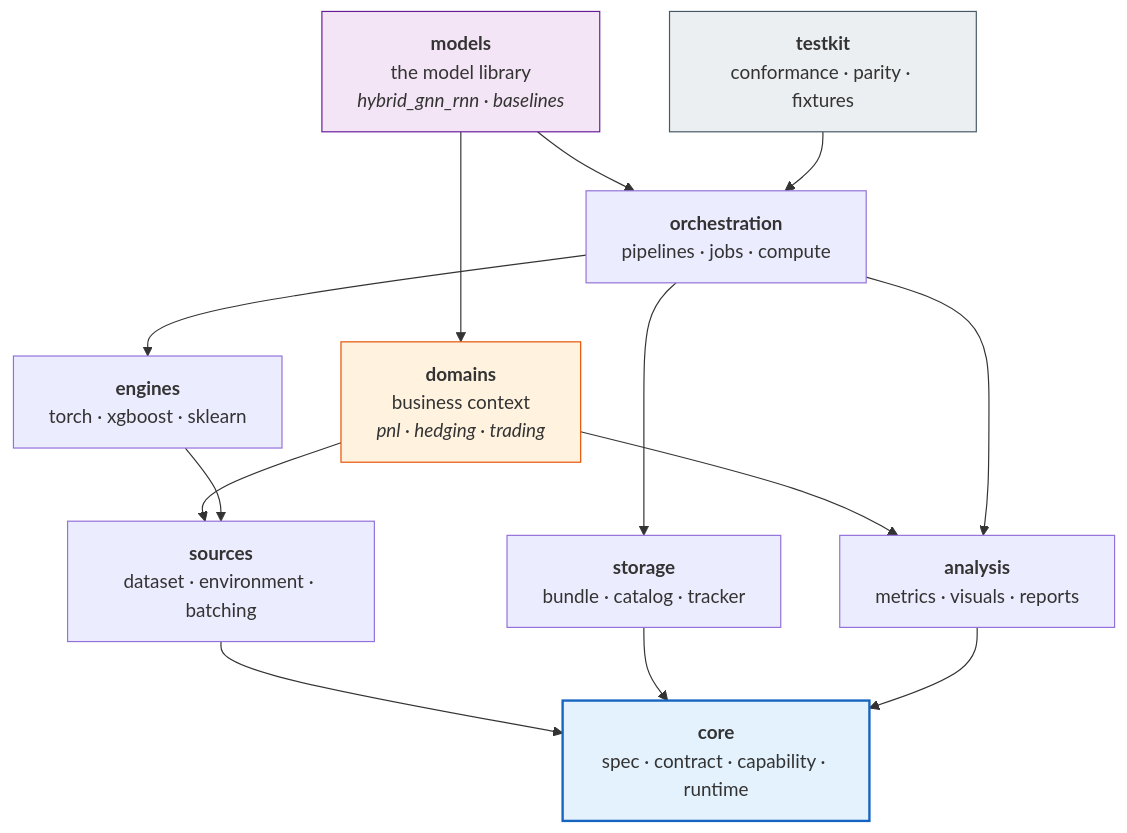
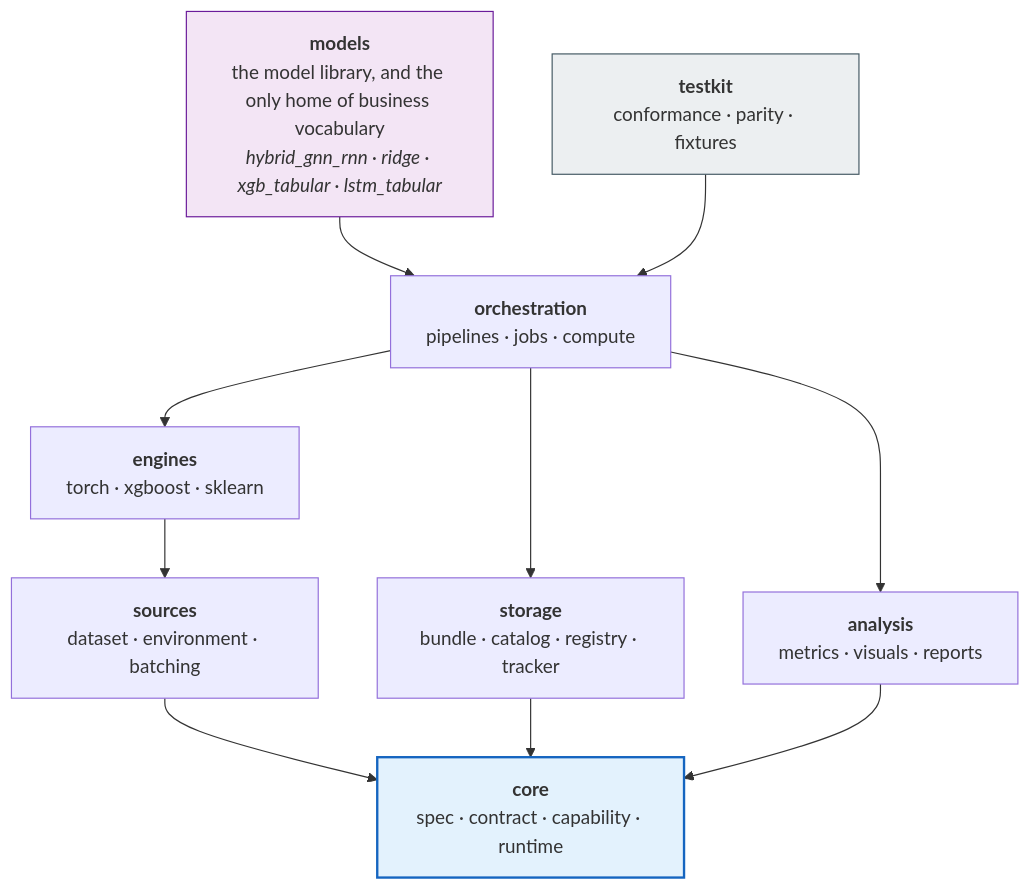
The third of 17 diagrams in src/rade_qnet/docs/ARCHITECTURE.md (JStevens95/QuantStrata), drawn with Mermaid before and after one commit. The commit also changed other lines of this file and 118 other files, not shown here.

````diff
--- a/src/rade_qnet/docs/ARCHITECTURE.md
+++ b/src/rade_qnet/docs/ARCHITECTURE.md
@@ -112,30 +112,25 @@
 ```mermaid
 flowchart TD
-    MODELS["<b>models</b><br/>the model library<br/><i>hybrid_gnn_rnn · baselines</i>"]
-    DOMAINS["<b>domains</b><br/>business context<br/><i>pnl · hedging · trading</i>"]
+    MODELS["<b>models</b><br/>the model library, and the only home of business vocabulary<br/><i>hybrid_gnn_rnn · ridge · xgb_tabular · lstm_tabular</i>"]
     ORCH["<b>orchestration</b><br/>pipelines · jobs · compute"]
     ENGINES["<b>engines</b><br/>torch · xgboost · sklearn"]
     SOURCES["<b>sources</b><br/>dataset · environment · batching"]
-    STORAGE["<b>storage</b><br/>bundle · catalog · tracker"]
+    STORAGE["<b>storage</b><br/>bundle · catalog · registry · tracker"]
     ANALYSIS["<b>analysis</b><br/>metrics · visuals · reports"]
     CORE["<b>core</b><br/>spec · contract · capability · runtime"]
     TESTKIT["<b>testkit</b><br/>conformance · parity · fixtures"]
 
     MODELS --> ORCH
-    MODELS --> DOMAINS
-    DOMAINS --> SOURCES
-    DOMAINS --> ANALYSIS
     ORCH --> ENGINES
     ORCH --> STORAGE
     ORCH --> ANALYSIS
     ENGINES --> SOURCES
     SOURCES --> CORE
     STORAGE --> CORE
     ANALYSIS --> CORE
     TESTKIT --> ORCH
 
     style CORE fill:#e3f2fd,stroke:#1565c0,stroke-width:2px
     style MODELS fill:#f3e5f5,stroke:#6a1b9a
-    style DOMAINS fill:#fff3e0,stroke:#e65100
     style TESTKIT fill:#eceff1,stroke:#455a64
 ```
````
